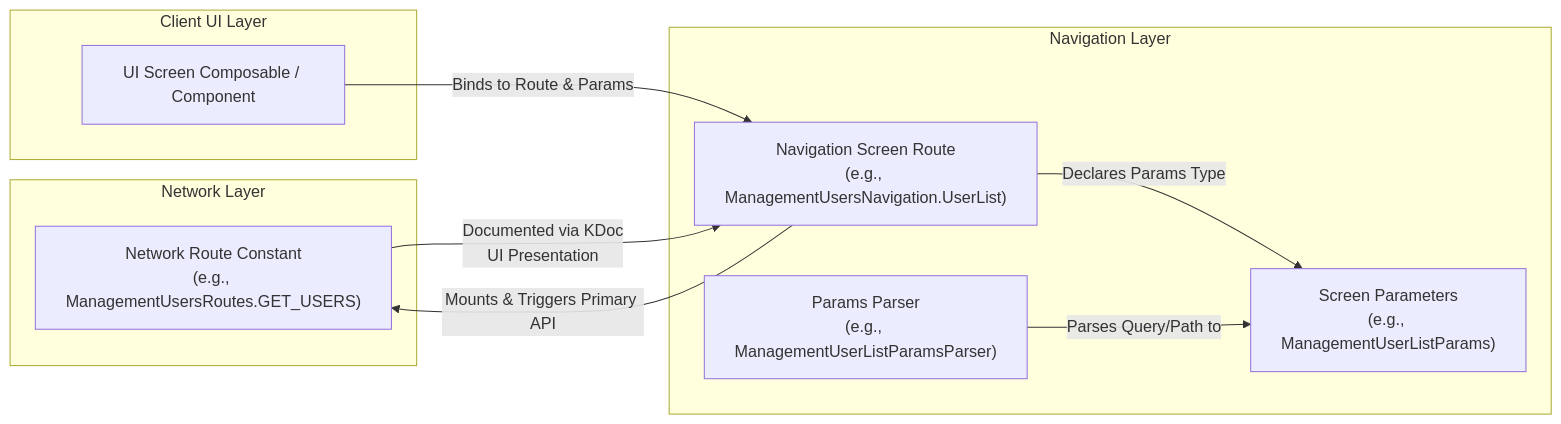
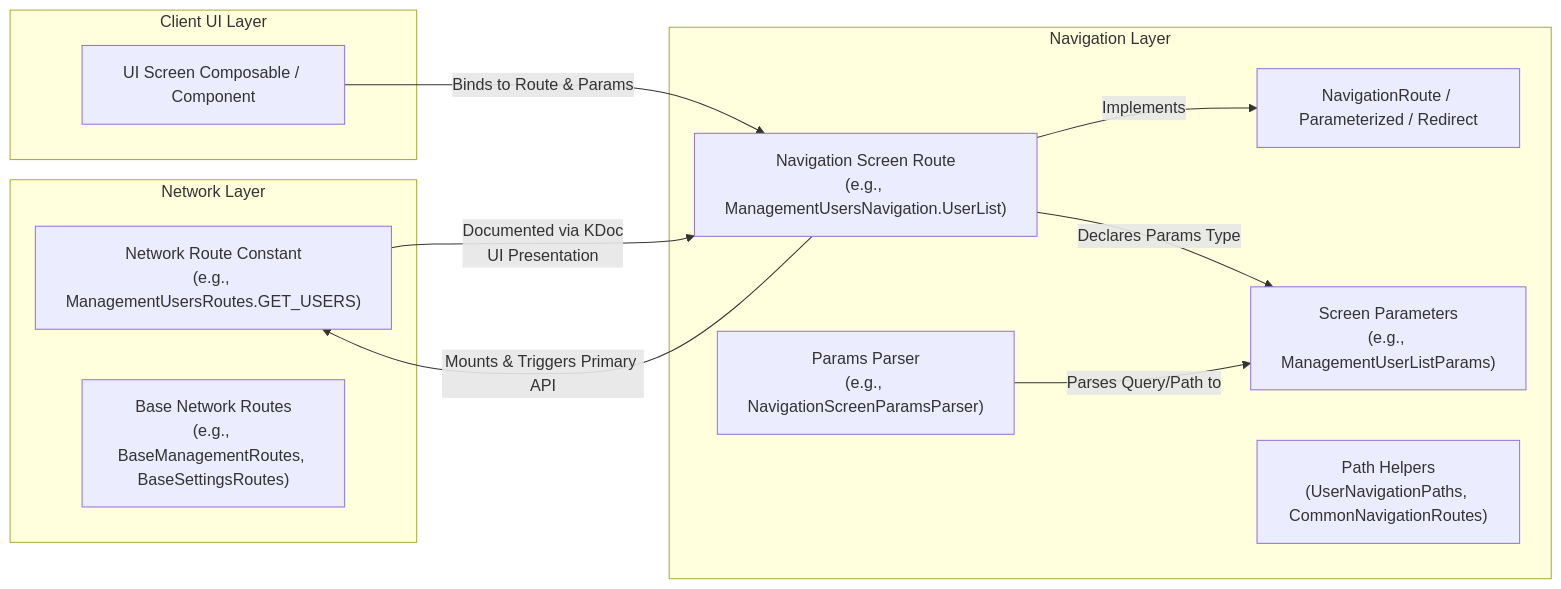
Before and after one commit to mudrichenkoevgeny/shared-foundation: the fifth of 5 diagrams in ARCHITECTURE.md, drawn with Mermaid. The commit also changed other lines of this file and 191 other files, not shown here.

Commit message:
refactor: navigation and network routes global refactoring

````diff
--- a/ARCHITECTURE.md
+++ b/ARCHITECTURE.md
@@ -216,22 +216,26 @@
 ```mermaid
 flowchart LR
     subgraph NetworkLayer ["Network Layer"]
         NetworkRoute["Network Route Constant\n(e.g., ManagementUsersRoutes.GET_USERS)"]
+        BaseNetworkRoute["Base Network Routes\n(e.g., BaseManagementRoutes, BaseSettingsRoutes)"]
     end
 
     subgraph NavigationLayer ["Navigation Layer"]
+        NavigationRoute["NavigationRoute / Parameterized / Redirect"]
         ScreenRoute["Navigation Screen Route\n(e.g., ManagementUsersNavigation.UserList)"]
         ScreenParams["Screen Parameters\n(e.g., ManagementUserListParams)"]
-        ScreenParser["Params Parser\n(e.g., ManagementUserListParamsParser)"]
+        ScreenParser["Params Parser\n(e.g., NavigationScreenParamsParser)"]
+        RoutePaths["Path Helpers\n(UserNavigationPaths, CommonNavigationRoutes)"]
     end
 
     subgraph UILayer ["Client UI Layer"]
         UIScreen["UI Screen Composable / Component"]
     end
 
     NetworkRoute -->|Documented via KDoc\nUI Presentation| ScreenRoute
+    ScreenRoute -->|Implements| NavigationRoute
     ScreenRoute -->|Declares Params Type| ScreenParams
     ScreenParser -->|Parses Query/Path to| ScreenParams
     ScreenRoute -->|Mounts & Triggers Primary API| NetworkRoute
     UIScreen -->|Binds to Route & Params| ScreenRoute
 ```
````
